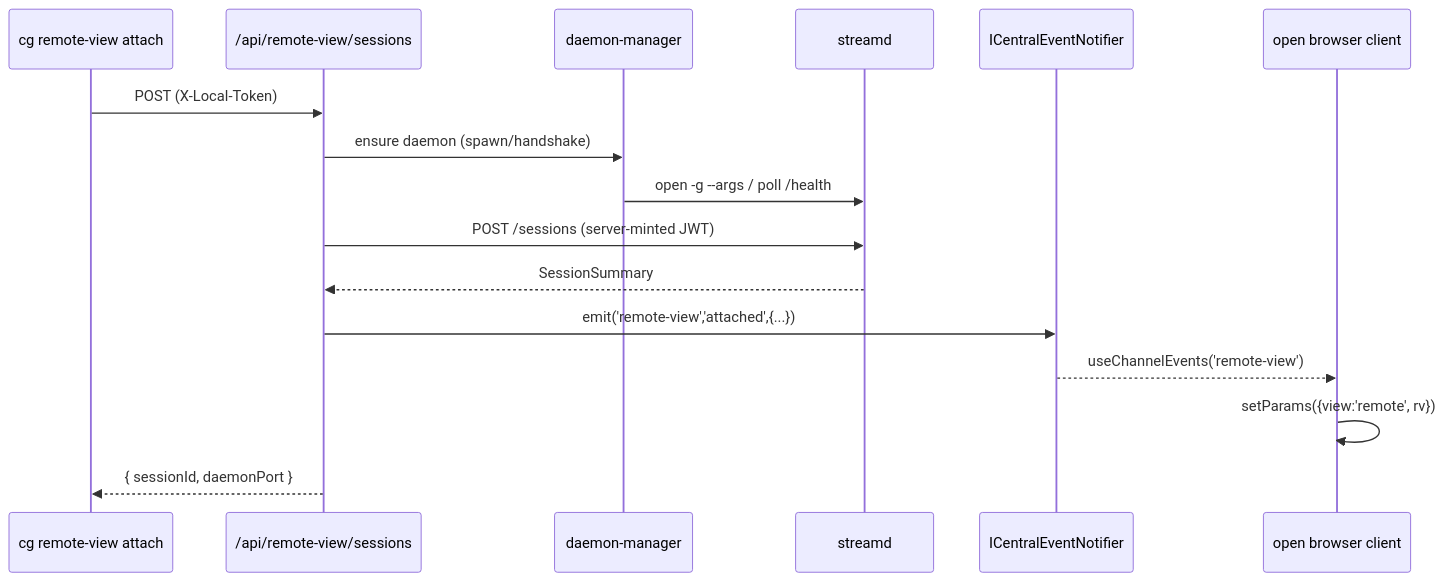
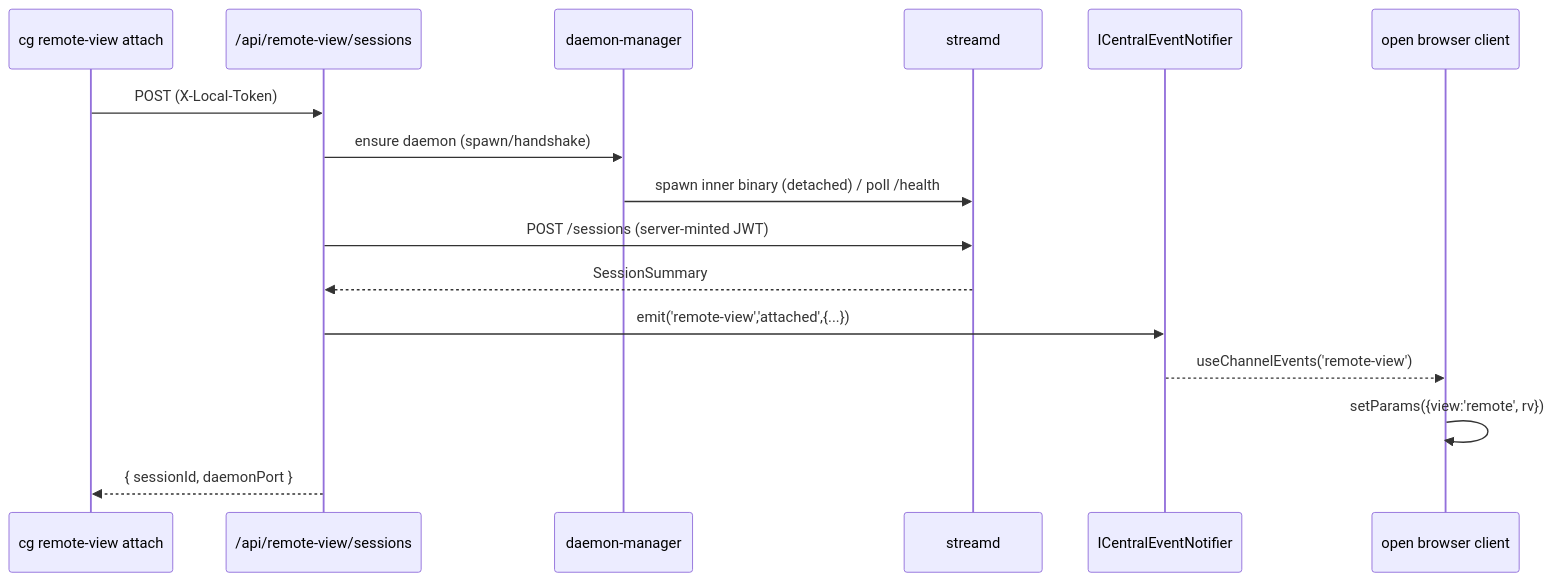
Before and after one commit to AI-Substrate/chainglass: the third of 3 diagrams in docs/plans/088-remote-app-view/tasks/phase-5-lifecycle-agent-surface-events/tasks.md, drawn with Mermaid. The commit also changed other lines of this file and 6 other files, not shown here.

````diff
--- a/docs/plans/088-remote-app-view/tasks/phase-5-lifecycle-agent-surface-events/tasks.md
+++ b/docs/plans/088-remote-app-view/tasks/phase-5-lifecycle-agent-surface-events/tasks.md
@@ -240,18 +240,18 @@
 ```mermaid
 sequenceDiagram
     participant CLI as cg remote-view attach
     participant Route as /api/remote-view/sessions
     participant Mgr as daemon-manager
     participant Daemon as streamd
     participant SSE as ICentralEventNotifier
     participant Web as open browser client
     CLI->>Route: POST (X-Local-Token)
     Route->>Mgr: ensure daemon (spawn/handshake)
-    Mgr->>Daemon: open -g --args / poll /health
+    Mgr->>Daemon: spawn inner binary (detached) / poll /health
     Route->>Daemon: POST /sessions (server-minted JWT)
     Daemon-->>Route: SessionSummary
     Route->>SSE: emit('remote-view','attached',{...})
     SSE-->>Web: useChannelEvents('remote-view')
     Web->>Web: setParams({view:'remote', rv})
     Route-->>CLI: { sessionId, daemonPort }
 ```
````
